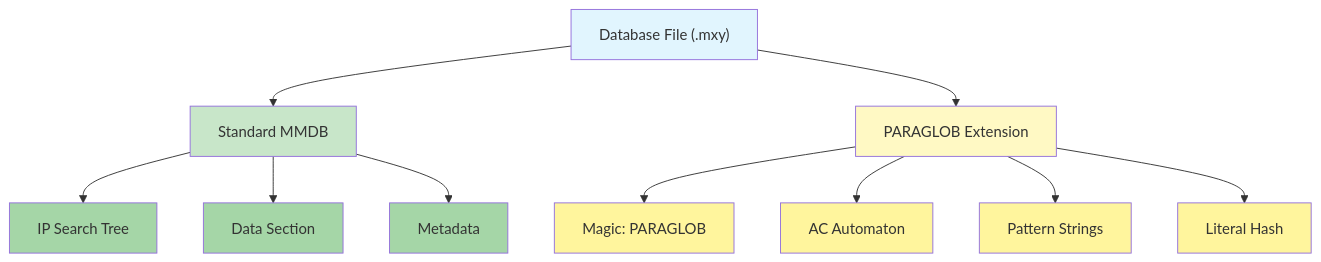
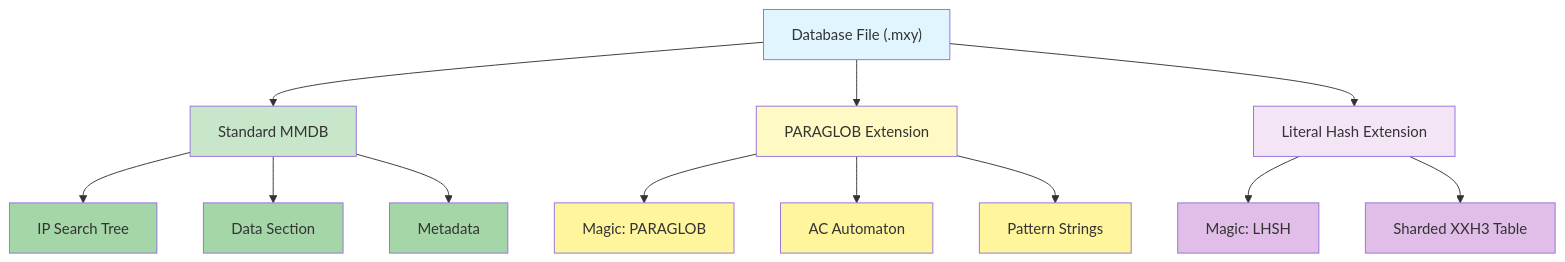
One commit to sethhall/matchy changed the sixth of 7 diagrams in book/src/architecture/overview.md. Above: the diagram before and after it, drawn with Mermaid. The commit also changed other lines of this file and 96 other files, not shown here.

````diff
--- a/book/src/architecture/overview.md
+++ b/book/src/architecture/overview.md
@@ -123,25 +123,29 @@
 ```mermaid
 graph TD
     A["Database File (.mxy)"] --> B["Standard MMDB"]
     A --> C["PARAGLOB Extension"]
+    A --> D["Literal Hash Extension"]
     
     B --> B1["IP Search Tree"]
     B --> B2["Data Section"]
     B --> B3[Metadata]
     
     C --> C1["Magic: PARAGLOB"]
     C --> C2["AC Automaton"]
     C --> C3["Pattern Strings"]
-    C --> C4["Literal Hash"]
+    D --> D1["Magic: LHSH"]
+    D --> D2["Sharded XXH3 Table"]
     
     style A fill:#e1f5fe
     style B fill:#c8e6c9
     style C fill:#fff9c4
     style B1 fill:#a5d6a7
     style B2 fill:#a5d6a7
     style B3 fill:#a5d6a7
     style C1 fill:#fff59d
     style C2 fill:#fff59d
     style C3 fill:#fff59d
-    style C4 fill:#fff59d
+    style D fill:#f3e5f5
+    style D1 fill:#e1bee7
+    style D2 fill:#e1bee7
 ```
````
